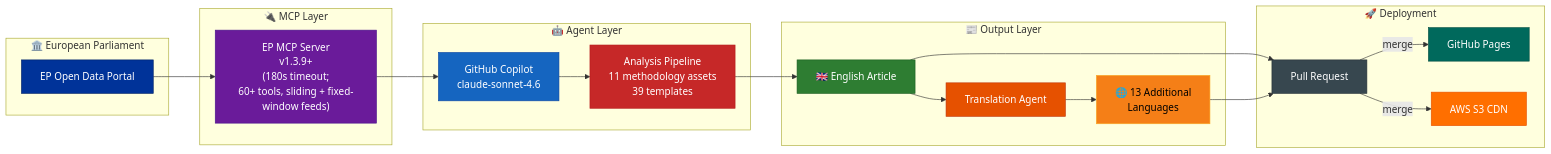
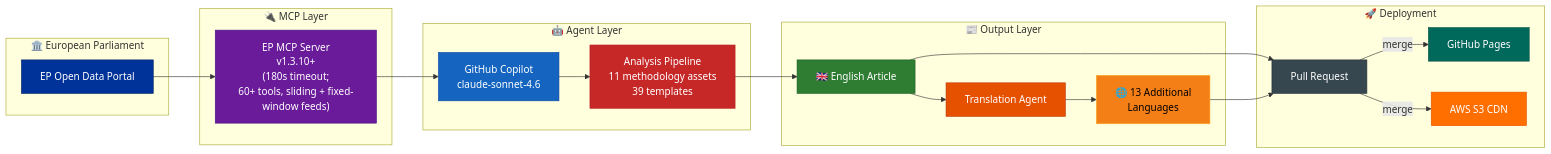
Diagram 22 of 22 in WORKFLOWS.md (Hack23/euparliamentmonitor), drawn with Mermaid before and after one commit. The commit also changed other lines of this file and 47 other files, not shown here.

Commit message:
docs(mcp): bump EP MCP Server refs 1.3.9 → 1.3.10 across workflows, config, code & docs

````diff
--- a/WORKFLOWS.md
+++ b/WORKFLOWS.md
@@ -2156,42 +2156,42 @@
 ```mermaid
 flowchart LR
     subgraph "🏛️ European Parliament"
         EP["EP Open Data Portal"]
     end
 
     subgraph "🔌 MCP Layer"
-        MCP["EP MCP Server<br/>v1.3.9+<br/>(180s timeout;<br/>60+ tools, sliding + fixed-window feeds)"]
+        MCP["EP MCP Server<br/>v1.3.10+<br/>(180s timeout;<br/>60+ tools, sliding + fixed-window feeds)"]
     end
 
     subgraph "🤖 Agent Layer"
         Agent["GitHub Copilot<br/>claude-sonnet-4.6"]
         Analyze["Analysis Pipeline<br/>11 methodology assets<br/>39 templates"]
     end
 
     subgraph "📰 Output Layer"
         EN["🇬🇧 English Article"]
         Translate["Translation Agent"]
         Multi["🌐 13 Additional<br/>Languages"]
     end
 
     subgraph "🚀 Deployment"
         PR["Pull Request"]
         Pages["GitHub Pages"]
         S3["AWS S3 CDN"]
     end
 
     EP --> MCP --> Agent --> Analyze --> EN --> PR
     EN --> Translate --> Multi --> PR
     PR --> |"merge"| Pages & S3
 
     style EP fill:#003399,stroke:#002266,color:#FFFFFF
     style MCP fill:#6A1B9A,stroke:#4A148C,color:#FFFFFF
     style Agent fill:#1565C0,stroke:#0D47A1,color:#FFFFFF
     style Analyze fill:#C62828,stroke:#B71C1C,color:#FFFFFF
     style EN fill:#2E7D32,stroke:#1B5E20,color:#FFFFFF
     style Translate fill:#E65100,stroke:#BF360C,color:#FFFFFF
     style Multi fill:#F57F17,stroke:#F9A825,color:#000000
     style PR fill:#37474F,stroke:#263238,color:#FFFFFF
     style Pages fill:#00695C,stroke:#004D40,color:#FFFFFF
     style S3 fill:#FF6F00,stroke:#E65100,color:#FFFFFF
 ```
````
